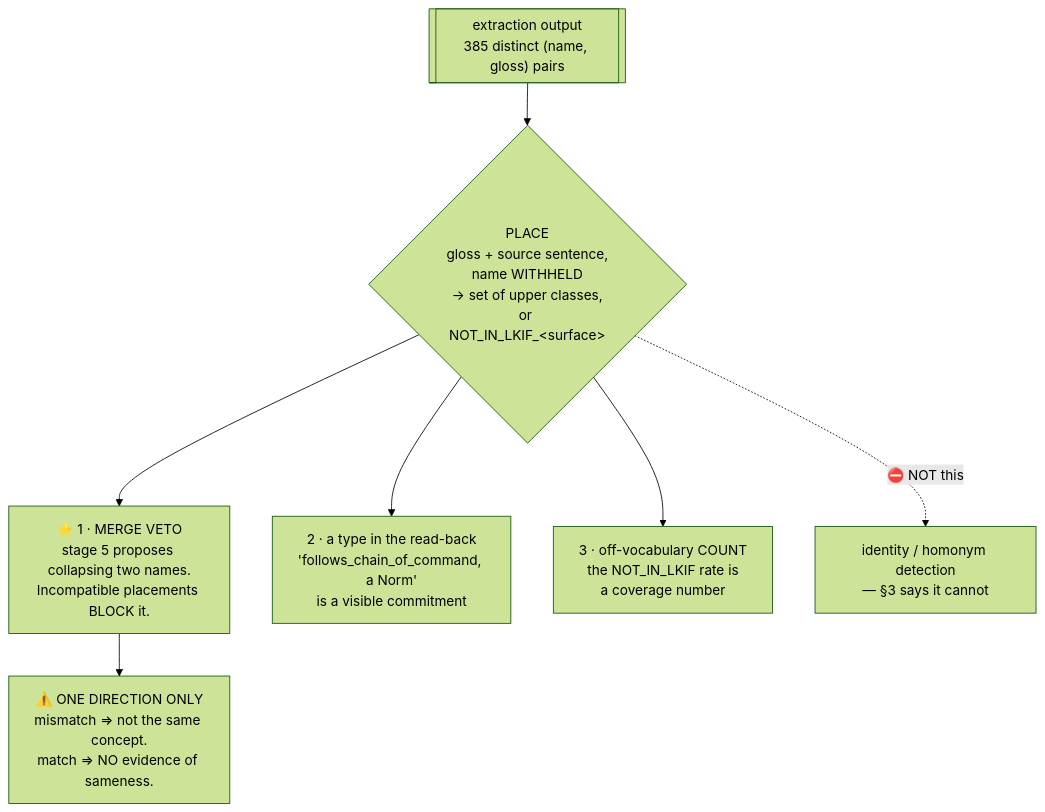
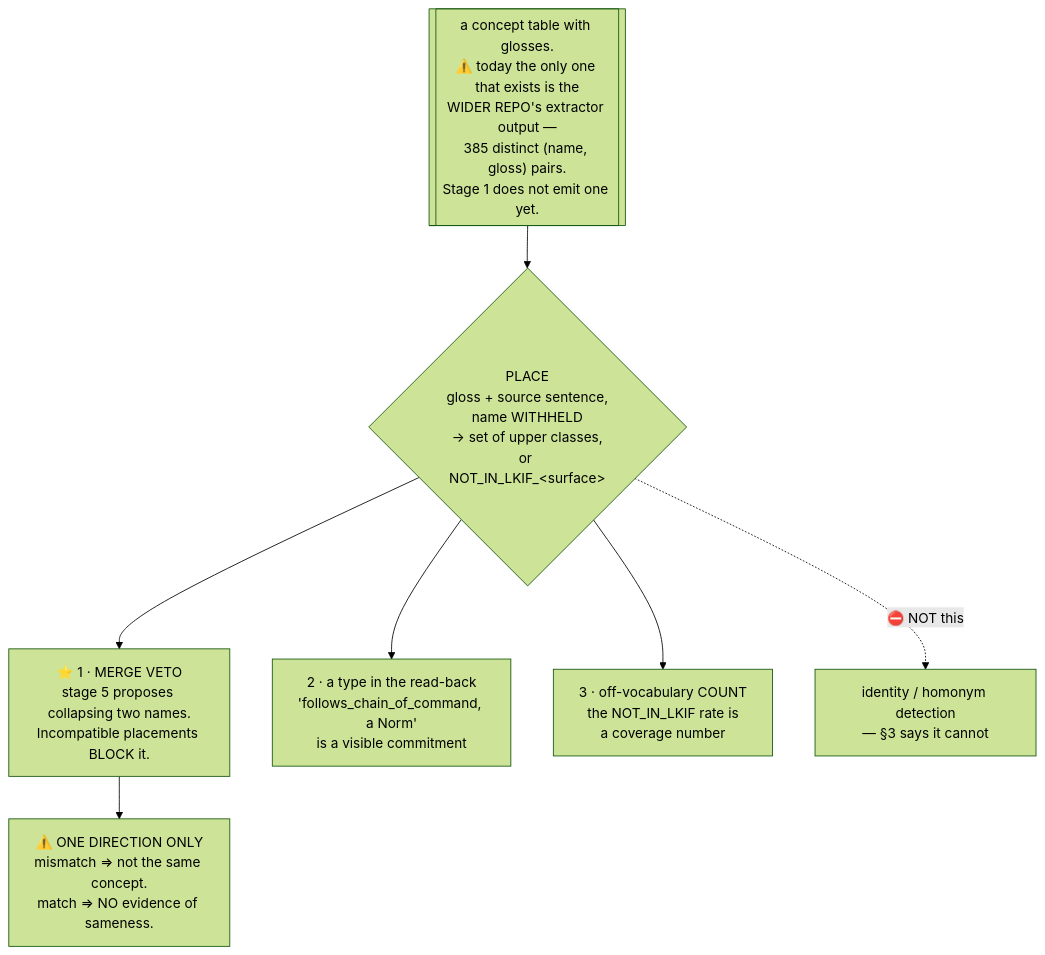
The diagram in walkthrough/SCRATCH_concept_phase.md (MattStults/semi-formal-document-analysis), drawn with Mermaid (forest theme) before and after one commit. The commit also changed other lines of this file and 173 other files, not shown here.

````diff
--- a/walkthrough/SCRATCH_concept_phase.md
+++ b/walkthrough/SCRATCH_concept_phase.md
@@ -167,14 +251,14 @@
 ```mermaid
 flowchart TD
-    EX[["extraction output<br/>385 distinct (name, gloss) pairs"]] --> PL
+    EX[["a concept table with glosses.<br/>⚠️ today the only one that exists is the<br/>WIDER REPO's extractor output —<br/>385 distinct (name, gloss) pairs.<br/>Stage 1 does not emit one yet."]] --> PL
 
     PL{"PLACE<br/>gloss + source sentence,<br/>name WITHHELD<br/>→ set of upper classes,<br/>or NOT_IN_LKIF_&lt;surface&gt;"}
 
     PL --> U1["⭐ 1 · MERGE VETO<br/>stage 5 proposes collapsing two names.<br/>Incompatible placements BLOCK it."]
     PL --> U2["2 · a type in the read-back<br/>'follows_chain_of_command, a Norm'<br/>is a visible commitment"]
     PL --> U3["3 · off-vocabulary COUNT<br/>the NOT_IN_LKIF rate is<br/>a coverage number"]
 
     PL -.->|⛔ NOT this| X["identity / homonym detection<br/>— §3 says it cannot"]
 
     U1 --> ASYM["⚠️ ONE DIRECTION ONLY<br/>mismatch ⇒ not the same concept.<br/>match ⇒ NO evidence of sameness."]
 ```
````
